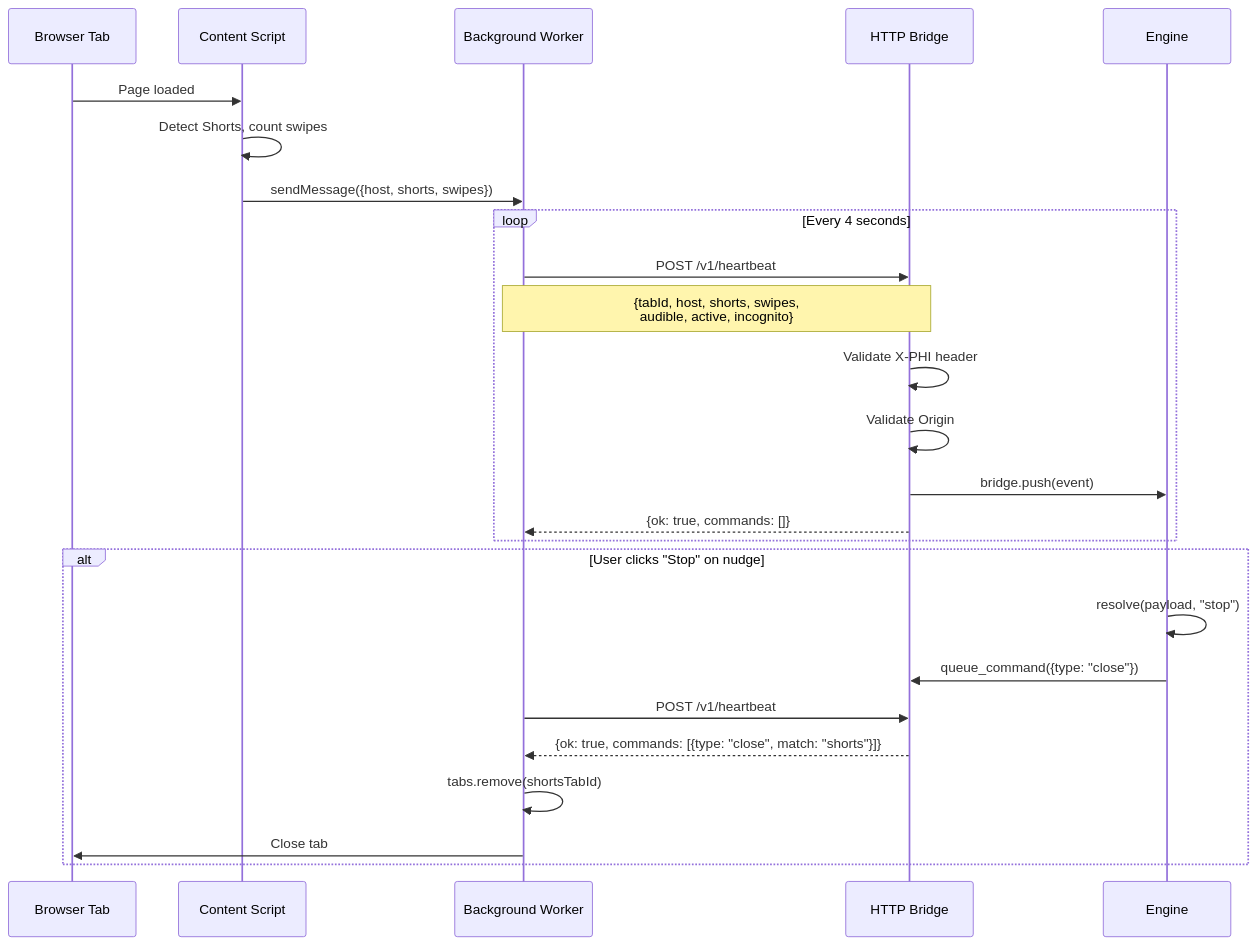
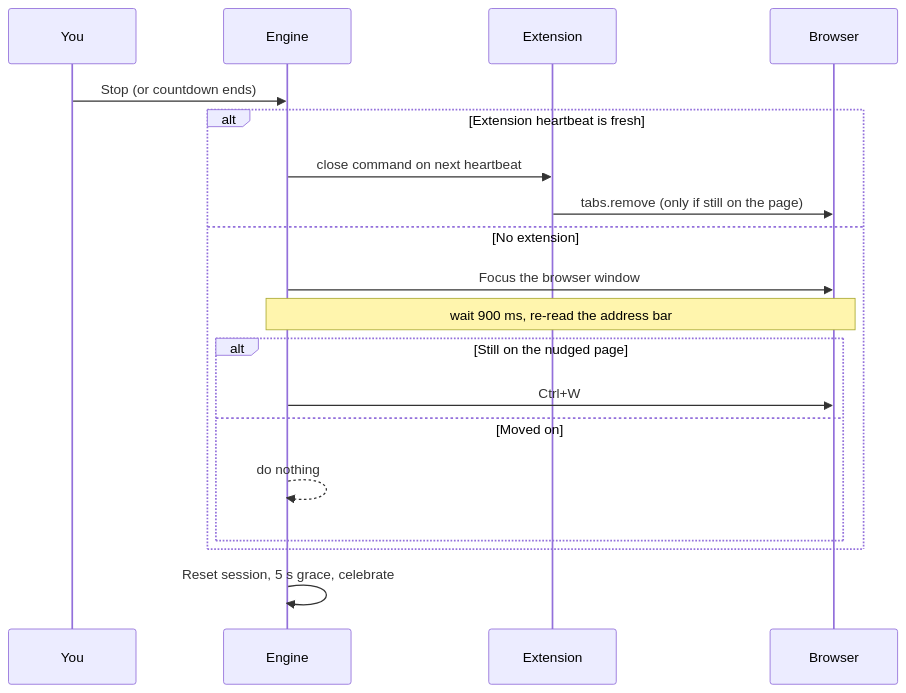
One commit to Abubakkar-Khan/PHI changed the sixth of 9 diagrams in README.md. Above: the diagram before and after it, drawn with Mermaid. The commit also changed other lines of this file and 9 other files, not shown here.

````diff
--- a/README.md
+++ b/README.md
@@ -303,30 +262,22 @@
 ```mermaid
 sequenceDiagram
-    participant Tab as Browser Tab
-    participant CS as Content Script
-    participant BG as Background Worker
-    participant HTTP as HTTP Bridge
+    participant U as You
     participant E as Engine
-    
-    Tab->>CS: Page loaded
-    CS->>CS: Detect Shorts, count swipes
-    CS->>BG: sendMessage({host, shorts, swipes})
-    
-    loop Every 4 seconds
-        BG->>HTTP: POST /v1/heartbeat
-        Note over BG,HTTP: {tabId, host, shorts, swipes,<br/>audible, active, incognito}
-        HTTP->>HTTP: Validate X-PHI header
-        HTTP->>HTTP: Validate Origin
-        HTTP->>E: bridge.push(event)
-        HTTP-->>BG: {ok: true, commands: []}
+    participant X as Extension
+    participant B as Browser
+
+    U->>E: Stop (or countdown ends)
+    alt Extension heartbeat is fresh
+        E->>X: close command on next heartbeat
+        X->>B: tabs.remove (only if still on the page)
+    else No extension
+        E->>B: Focus the browser window
+        Note over E,B: wait 900 ms, re-read the address bar
+        alt Still on the nudged page
+            E->>B: Ctrl+W
+        else Moved on
+            E-->>E: do nothing
+        end
     end
-    
-    alt User clicks "Stop" on nudge
-        E->>E: resolve(payload, "stop")
-        E->>HTTP: queue_command({type: "close"})
-        BG->>HTTP: POST /v1/heartbeat
-        HTTP-->>BG: {ok: true, commands: [{type: "close", match: "shorts"}]}
-        BG->>BG: tabs.remove(shortsTabId)
-        BG->>Tab: Close tab
-    end
+    E->>E: Reset session, 5 s grace, celebrate
 ```
````
